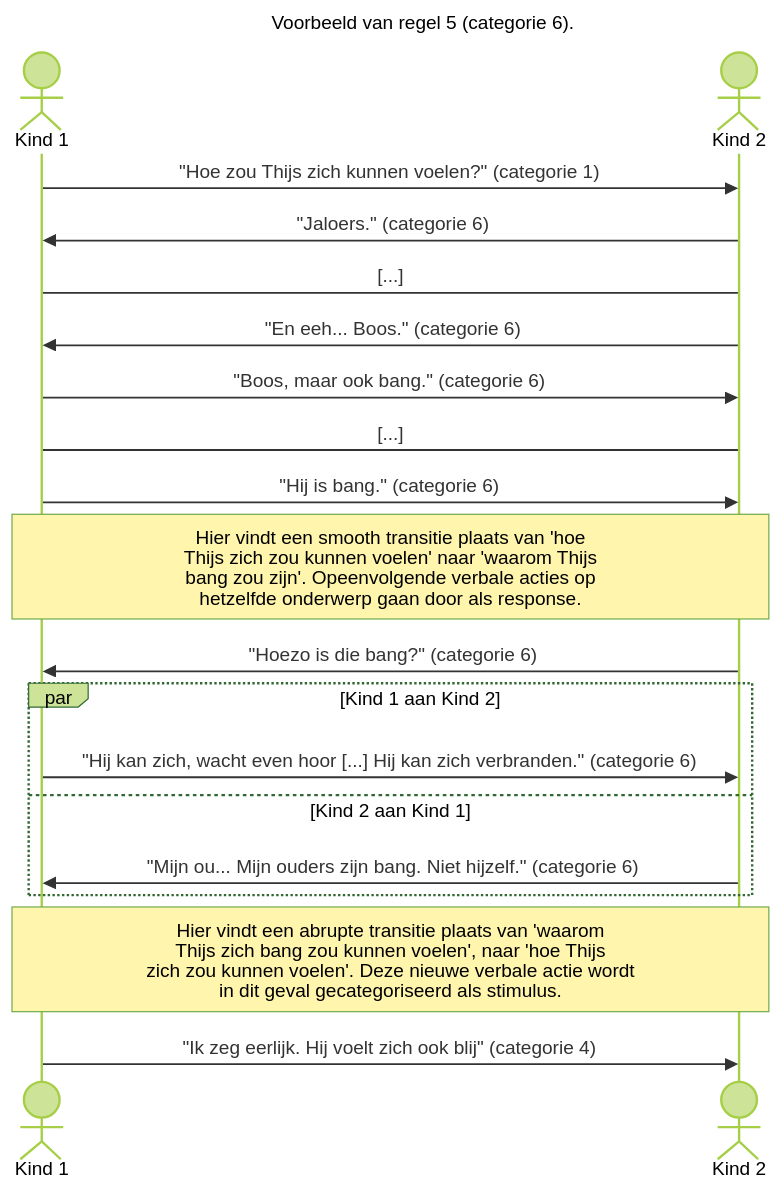
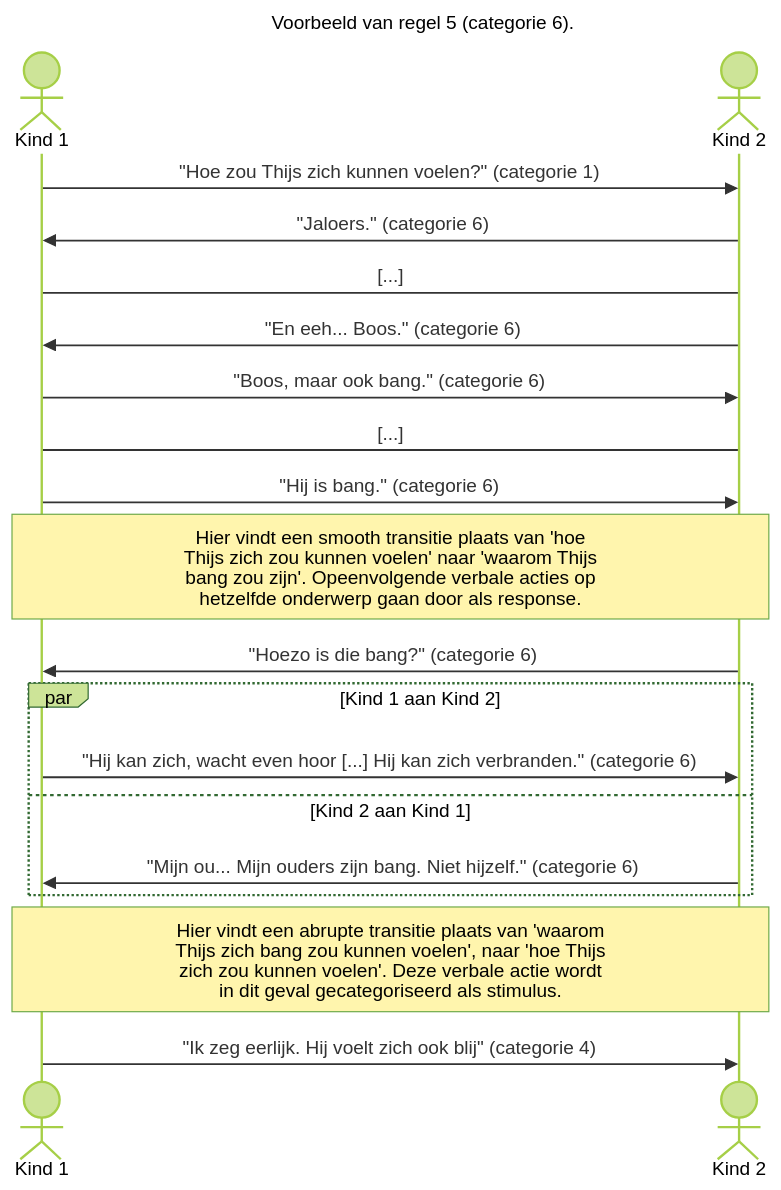
The ninth of 10 diagrams in Annotation-rules-refactor.md (Dionysi/AnnotationTool-Release), drawn with Mermaid (forest theme) before and after one commit.

````diff
--- a/Annotation-rules-refactor.md
+++ b/Annotation-rules-refactor.md
@@ -187,22 +187,22 @@
     ```mermaid
     sequenceDiagram
         title Voorbeeld van regel 5 (categorie 6).
         actor Kind 1
         actor Kind 2
         Kind 1->>Kind 2: "Hoe zou Thijs zich kunnen voelen?" (categorie 1)
         Kind 2->>Kind 1: "Jaloers." (categorie 6)
         Kind 1->Kind 2: [...]
         Kind 2->>Kind 1: "En eeh... Boos." (categorie 6)
         Kind 1->>Kind 2: "Boos, maar ook bang." (categorie 6)
         Kind 1->Kind 2: [...]
         Kind 1->>Kind 2: "Hij is bang." (categorie 6)
         Note over Kind 1, Kind 2: Hier vindt een smooth transitie plaats van 'hoe<br/>Thijs zich zou kunnen voelen' naar 'waarom Thijs<br/>bang zou zijn'. Opeenvolgende verbale acties op<br/>hetzelfde onderwerp gaan door als response.
         Kind 2->>Kind 1: "Hoezo is die bang?" (categorie 6)
         par Kind 1 aan Kind 2
             Kind 1->>Kind 2: "Hij kan zich, wacht even hoor [...] Hij kan zich verbranden." (categorie 6)
         and Kind 2 aan Kind 1
             Kind 2->>Kind 1: "Mijn ou... Mijn ouders zijn bang. Niet hijzelf." (categorie 6)
         end
-        Note over Kind 1, Kind 2: Hier vindt een abrupte transitie plaats van 'waarom<br/>Thijs zich bang zou kunnen voelen', naar 'hoe Thijs<br/>zich zou kunnen voelen'. Deze nieuwe verbale actie wordt<br/>in dit geval gecategoriseerd als stimulus.
+        Note over Kind 1, Kind 2: Hier vindt een abrupte transitie plaats van 'waarom<br/>Thijs zich bang zou kunnen voelen', naar 'hoe Thijs<br/>zich zou kunnen voelen'. Deze verbale actie wordt<br/>in dit geval gecategoriseerd als stimulus.
         Kind 1->>Kind 2: "Ik zeg eerlijk. Hij voelt zich ook blij" (categorie 4) 
     ```
````
